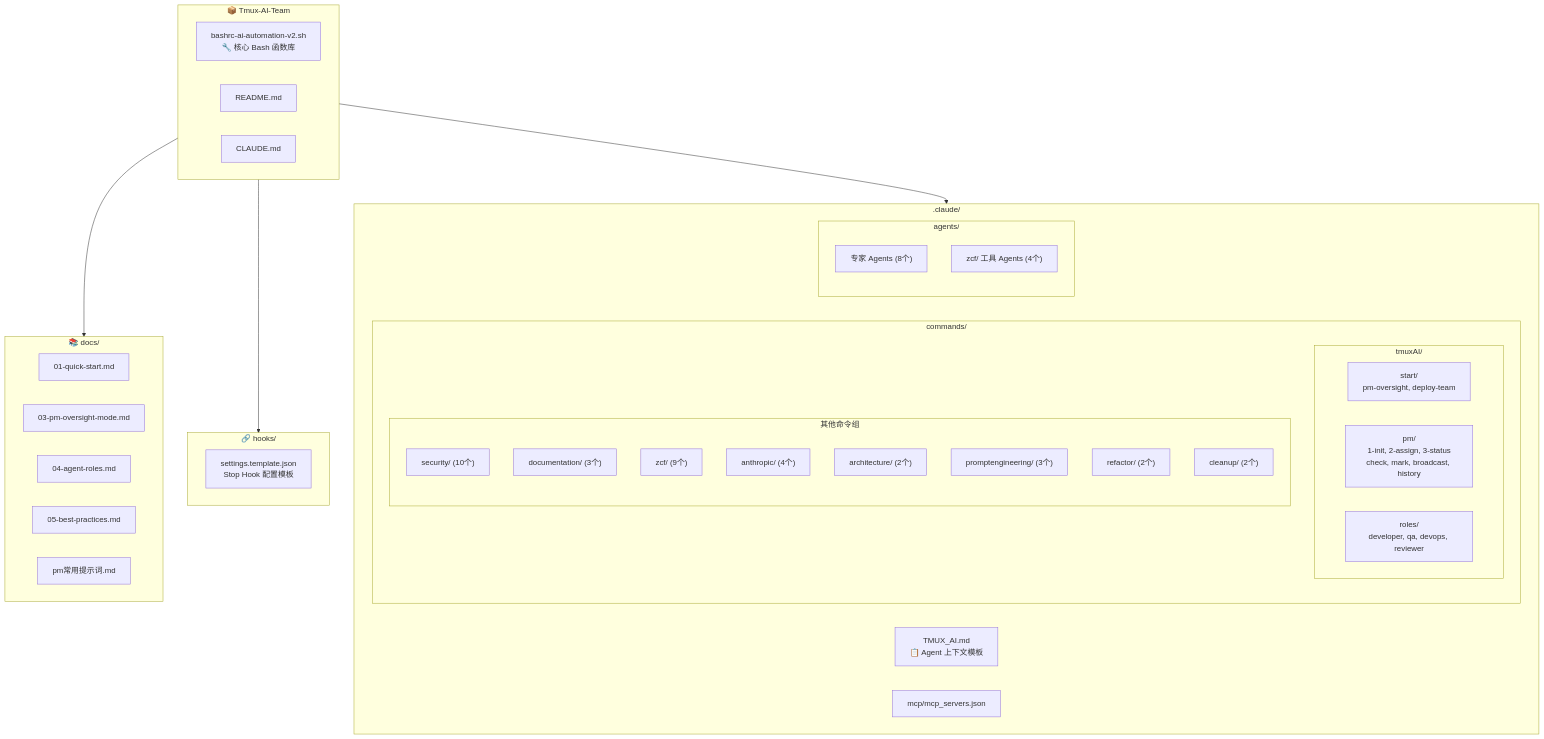
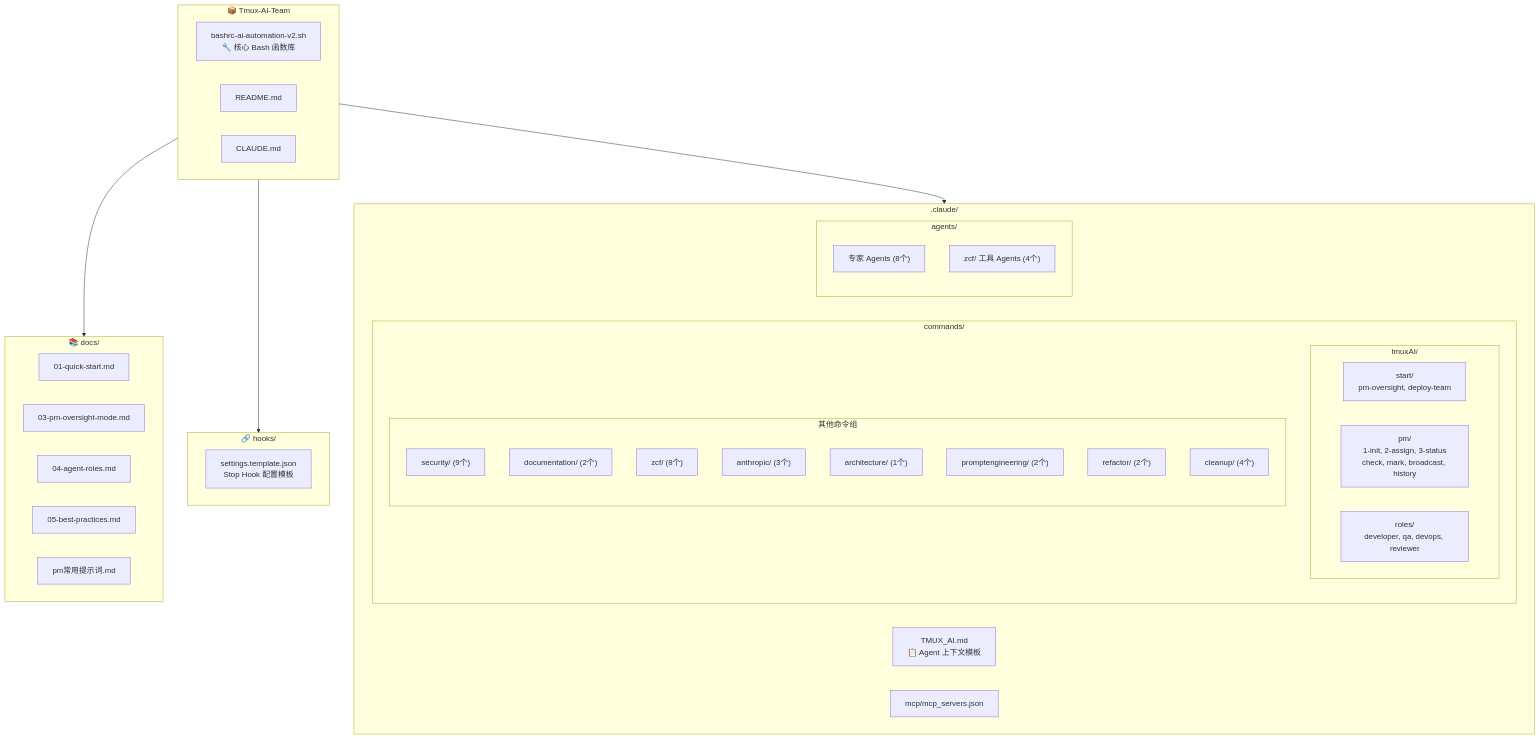
Before and after one commit to coolwoo/Tmux-AI-Team: the first of 4 diagrams in CLAUDE.md, drawn with Mermaid. The commit also changed other lines of this file and 1 other file, not shown here.

Commit message:
chore: add cleanup analysis file
- Add .cleanup-analysis.json with memory bank analysis results
- Minor CLAUDE.md formatting

````diff
--- a/CLAUDE.md
+++ b/CLAUDE.md
@@ -30,53 +30,53 @@
 ```mermaid
 graph TB
     subgraph Root["📦 Tmux-AI-Team"]
         CORE["bashrc-ai-automation-v2.sh<br/>🔧 核心 Bash 函数库"]
         README["README.md"]
         CLAUDE["CLAUDE.md"]
     end
 
     subgraph Docs["📚 docs/"]
         D01["01-quick-start.md"]
         D03["03-pm-oversight-mode.md"]
         D04["04-agent-roles.md"]
         D05["05-best-practices.md"]
         D_PM["pm常用提示词.md"]
     end
 
     subgraph Hooks["🔗 hooks/"]
         HOOK_TEMPLATE["settings.template.json<br/>Stop Hook 配置模板"]
     end
 
     subgraph Claude[".claude/"]
         TMUX_AI["TMUX_AI.md<br/>📋 Agent 上下文模板"]
 
         subgraph Commands["commands/"]
             subgraph TmuxAI["tmuxAI/"]
                 START["start/<br/>pm-oversight, deploy-team"]
                 PM["pm/<br/>1-init, 2-assign, 3-status<br/>check, mark, broadcast, history"]
                 ROLES["roles/<br/>developer, qa, devops, reviewer"]
             end
             subgraph Other["其他命令组"]
-                SECURITY["security/ (10个)"]
-                DOC["documentation/ (3个)"]
-                ZCF["zcf/ (9个)"]
-                ANTHRO["anthropic/ (4个)"]
-                ARCH["architecture/ (2个)"]
-                PROMPTENG["promptengineering/ (3个)"]
+                SECURITY["security/ (9个)"]
+                DOC["documentation/ (2个)"]
+                ZCF["zcf/ (8个)"]
+                ANTHRO["anthropic/ (3个)"]
+                ARCH["architecture/ (1个)"]
+                PROMPTENG["promptengineering/ (2个)"]
                 REFACTOR["refactor/ (2个)"]
-                CLEANUP["cleanup/ (2个)"]
+                CLEANUP["cleanup/ (4个)"]
             end
         end
 
         subgraph Agents["agents/"]
             AGENT1["专家 Agents (8个)"]
             AGENT_ZCF["zcf/ 工具 Agents (4个)"]
         end
 
         MCP["mcp/mcp_servers.json"]
     end
 
     Root --> Docs
     Root --> Hooks
     Root --> Claude
 ```
````
